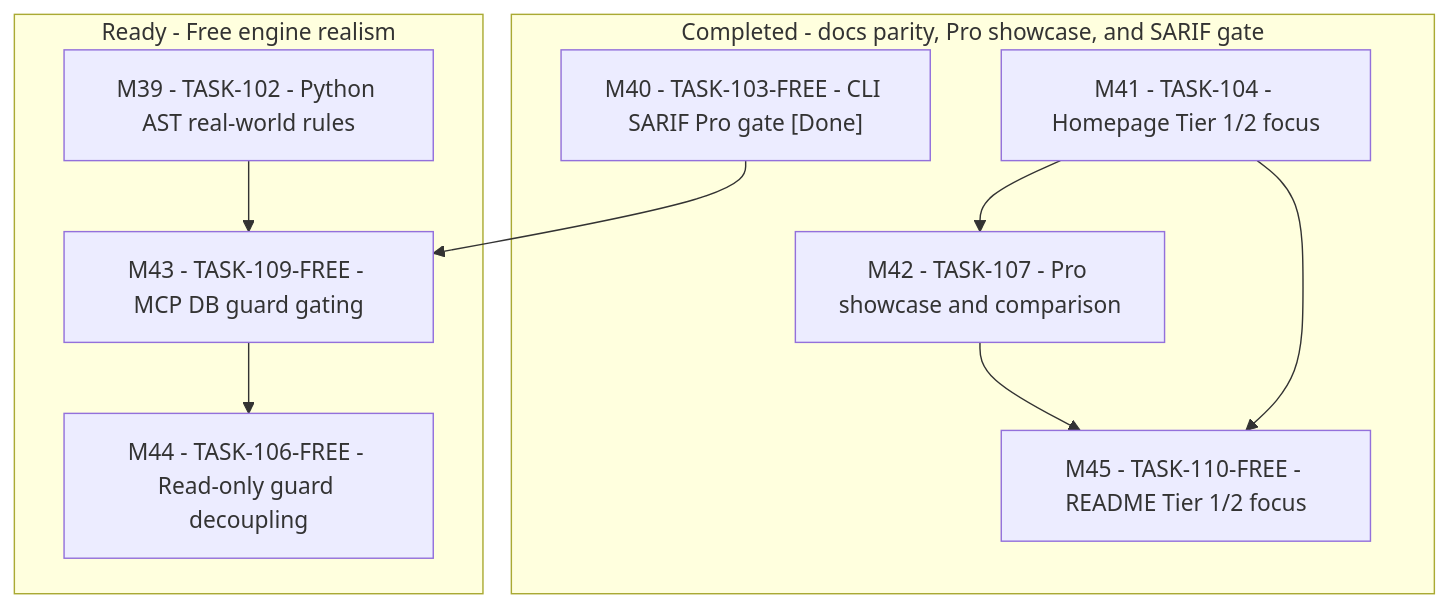
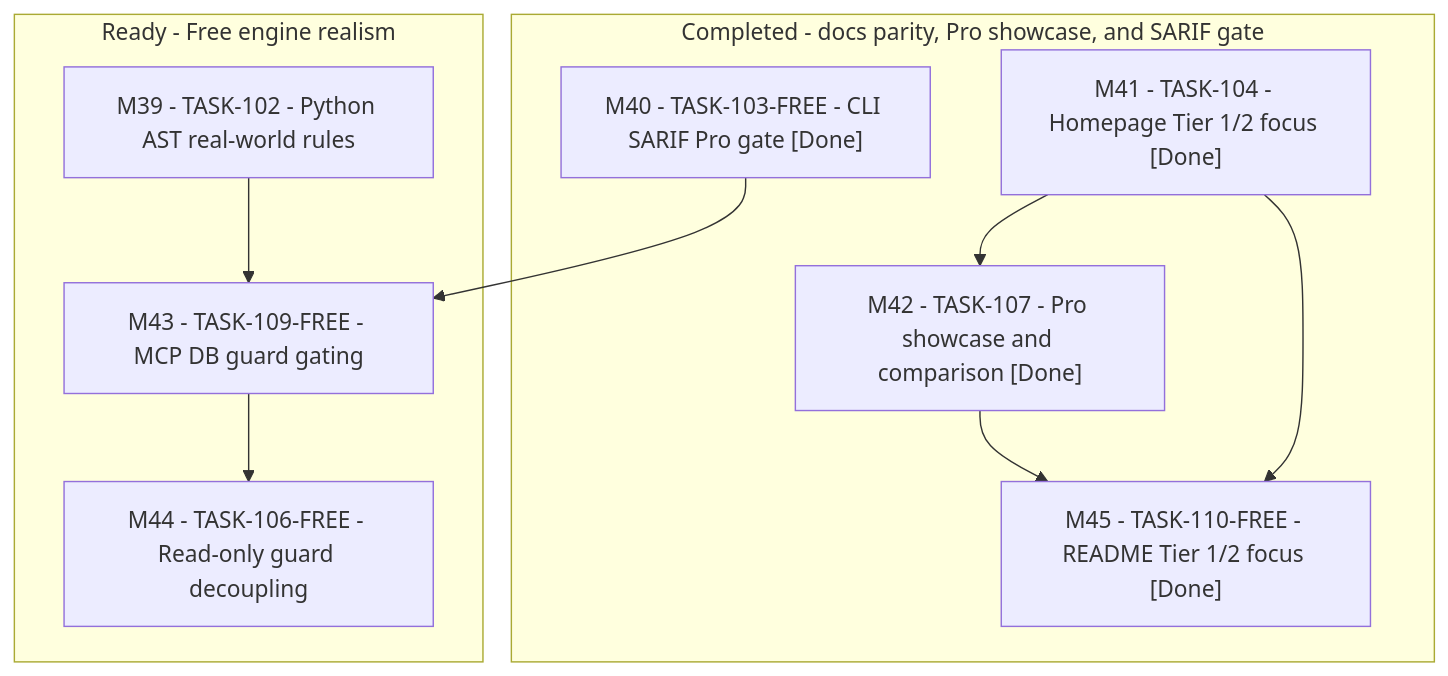
Before and after one commit to JMartynov/verityredteam-free: the diagram in docs/reports/FEATURE_REALISM_ACTION_PLAN_AND_TASKS.md, drawn with Mermaid.

Commit message:
docs(plan): mark M41, M42, M45 [Done] in Free execution graph

```diff
--- a/docs/reports/FEATURE_REALISM_ACTION_PLAN_AND_TASKS.md
+++ b/docs/reports/FEATURE_REALISM_ACTION_PLAN_AND_TASKS.md
@@ -28,22 +28,22 @@
 ~~~mermaid
 flowchart TD
   subgraph Completed["Completed - docs parity, Pro showcase, and SARIF gate"]
     M40["M40 - TASK-103-FREE - CLI SARIF Pro gate [Done]"]
-    M41["M41 - TASK-104 - Homepage Tier 1/2 focus"]
-    M42["M42 - TASK-107 - Pro showcase and comparison"]
-    M45["M45 - TASK-110-FREE - README Tier 1/2 focus"]
+    M41["M41 - TASK-104 - Homepage Tier 1/2 focus [Done]"]
+    M42["M42 - TASK-107 - Pro showcase and comparison [Done]"]
+    M45["M45 - TASK-110-FREE - README Tier 1/2 focus [Done]"]
   end
   subgraph Ready["Ready - Free engine realism"]
     M39["M39 - TASK-102 - Python AST real-world rules"]
     M43["M43 - TASK-109-FREE - MCP DB guard gating"]
     M44["M44 - TASK-106-FREE - Read-only guard decoupling"]
   end
 
   M41 --> M42
   M42 --> M45
   M41 --> M45
 
   M39 --> M43
   M40 --> M43
   M43 --> M44
 ~~~
```
